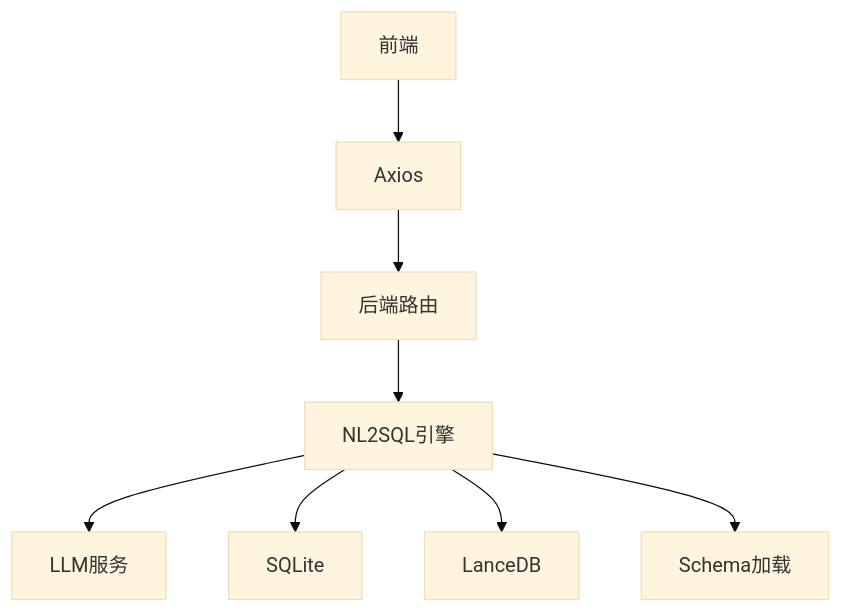
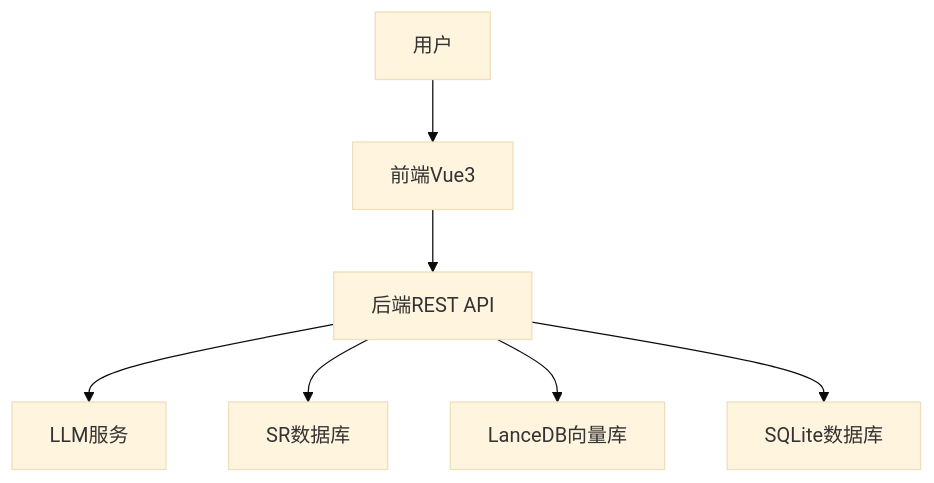
One commit to HanHuiOnLine/724-office changed the fourth of 5 diagrams in NL2SQL/.qoder/repowiki/zh/content/系统架构/系统架构.md. Above: the diagram before and after it, drawn with Mermaid (base theme). The commit also changed other lines of this file and 207 other files, not shown here.

````diff
--- a/NL2SQL/.qoder/repowiki/zh/content/系统架构/系统架构.md
+++ b/NL2SQL/.qoder/repowiki/zh/content/系统架构/系统架构.md
@@ -419,10 +357,16 @@
 ```mermaid
 graph TB
-FE["前端"] --> Axios["Axios"]
-Axios --> BE["后端路由"]
-BE --> Engine["NL2SQL引擎"]
-Engine --> LLM["LLM服务"]
-Engine --> DB["SQLite"]
-Engine --> Vector["LanceDB"]
-Engine --> Schema["Schema加载"]
+U["用户"]
+FE["前端Vue3"]
+API["后端REST API"]
+LLM["LLM服务"]
+DB["SR数据库"]
+LDB["LanceDB向量库"]
+SQLITE["SQLite数据库"]
+U --> FE
+FE --> API
+API --> LLM
+API --> DB
+API --> LDB
+API --> SQLITE
 ```
````
